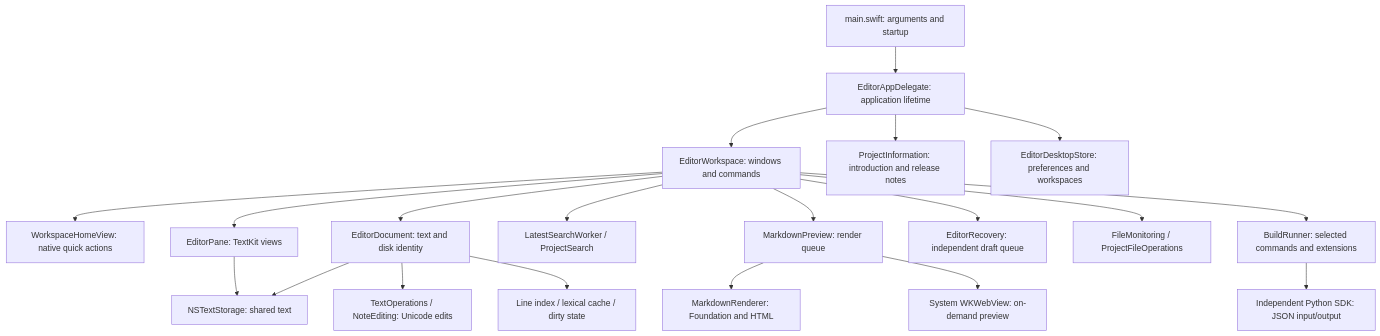
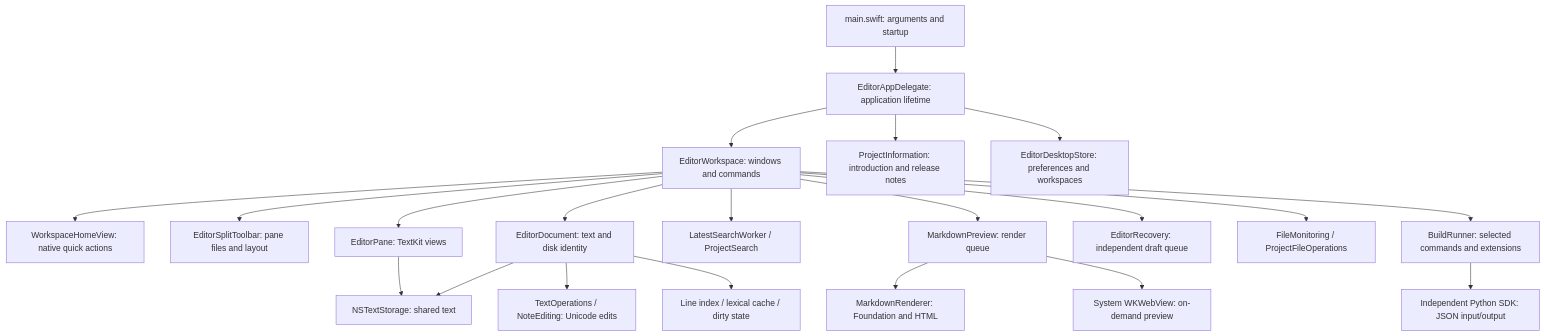
One commit to ziqi-wlb/OpenSourceEditor changed the diagram in docs/architecture.md. Above: the diagram before and after it, drawn with Mermaid. The commit also changed other lines of this file and 29 other files, not shown here.

Commit message:
feat(editor): add independent editor split layouts

````diff
--- a/docs/architecture.md
+++ b/docs/architecture.md
@@ -9,22 +9,23 @@
 ```mermaid
 flowchart TB
     entry[main.swift: arguments and startup] --> app[EditorAppDelegate: application lifetime]
     app --> workspace[EditorWorkspace: windows and commands]
     app --> information[ProjectInformation: introduction and release notes]
     workspace --> home[WorkspaceHomeView: native quick actions]
+    workspace --> splits[EditorSplitToolbar: pane files and layout]
     workspace --> doc[EditorDocument: text and disk identity]
     workspace --> panes[EditorPane: TextKit views]
     panes --> storage[NSTextStorage: shared text]
     doc --> storage
     doc --> operations[TextOperations / NoteEditing: Unicode edits]
     doc --> indexes[Line index / lexical cache / dirty state]
     workspace --> search[LatestSearchWorker / ProjectSearch]
     workspace --> preview[MarkdownPreview: render queue]
     preview --> renderer[MarkdownRenderer: Foundation and HTML]
     preview --> web[System WKWebView: on-demand preview]
     workspace --> recovery[EditorRecovery: independent draft queue]
     app --> desktop[EditorDesktopStore: preferences and workspaces]
     workspace --> files[FileMonitoring / ProjectFileOperations]
     workspace --> services[BuildRunner: selected commands and extensions]
     services --> python[Independent Python SDK: JSON input/output]
 ```
````
